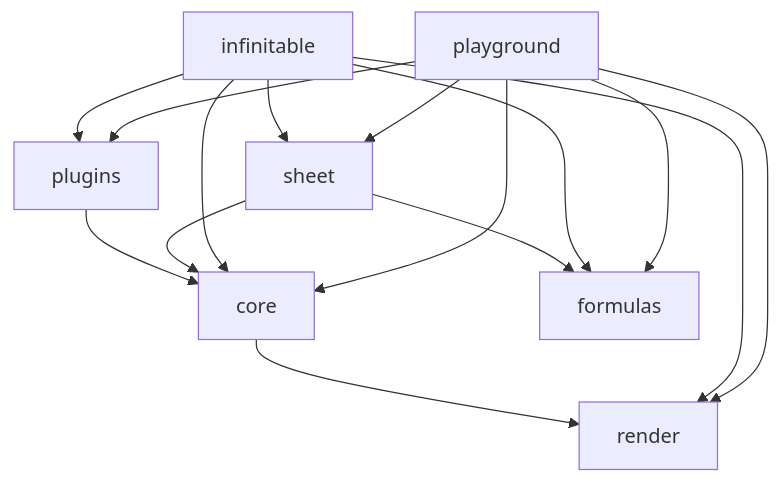
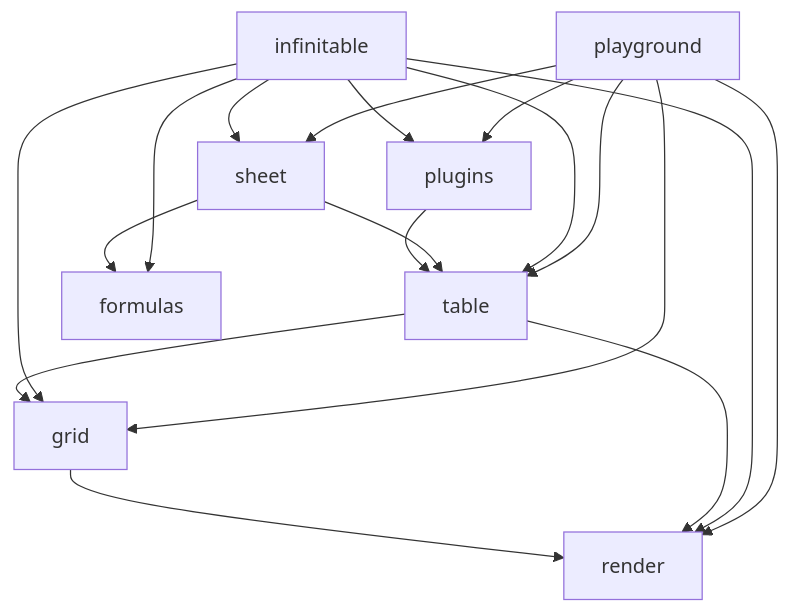
One commit to cabinet-fe/infinite-table changed the diagram in .agents/docs/CODE-MAP.md. Above: the diagram before and after it, drawn with Mermaid. The commit also changed other lines of this file and 2 other files, not shown here.

First line of the commit message:
docs(agent-docs): 落档 core 拆 grid+table 目标架构

````diff
--- a/.agents/docs/CODE-MAP.md
+++ b/.agents/docs/CODE-MAP.md
@@ -76,17 +76,20 @@
 ```mermaid
 graph TD
-    core --> render
-    plugins --> core
-    sheet --> core
+    grid --> render
+    table --> grid
+    table --> render
+    plugins --> table
+    sheet --> table
     sheet --> formulas
     infinitable --> render
-    infinitable --> core
+    infinitable --> grid
+    infinitable --> table
     infinitable --> formulas
     infinitable --> plugins
     infinitable --> sheet
-    playground --> core
+    playground --> grid
+    playground --> table
     playground --> render
     playground --> plugins
-    playground --> formulas
     playground --> sheet
 ```
````
